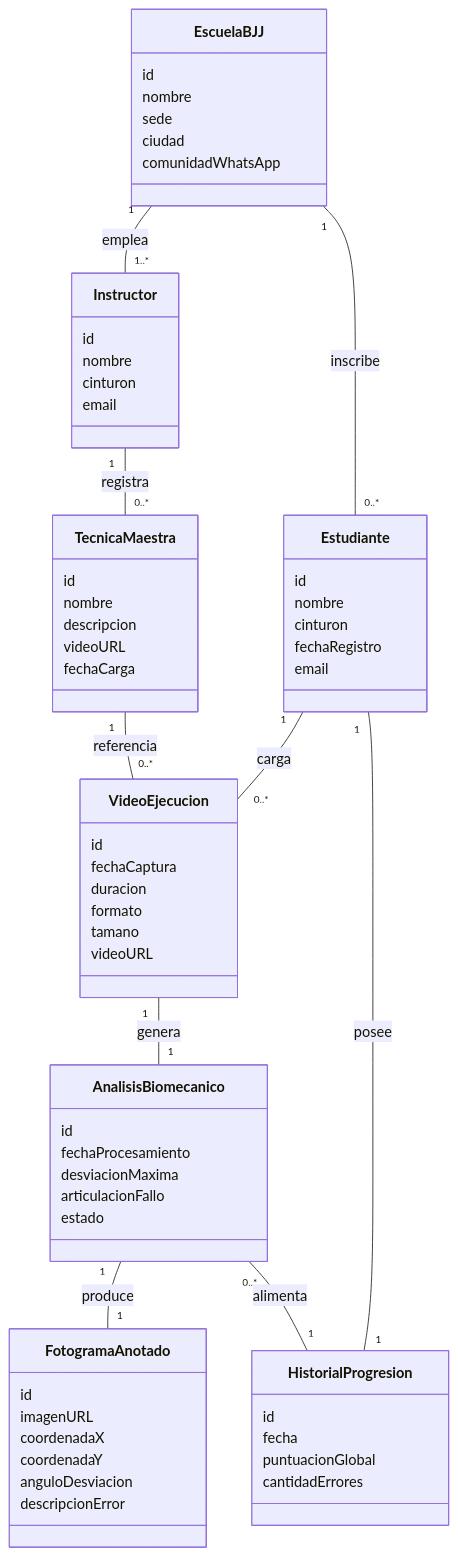
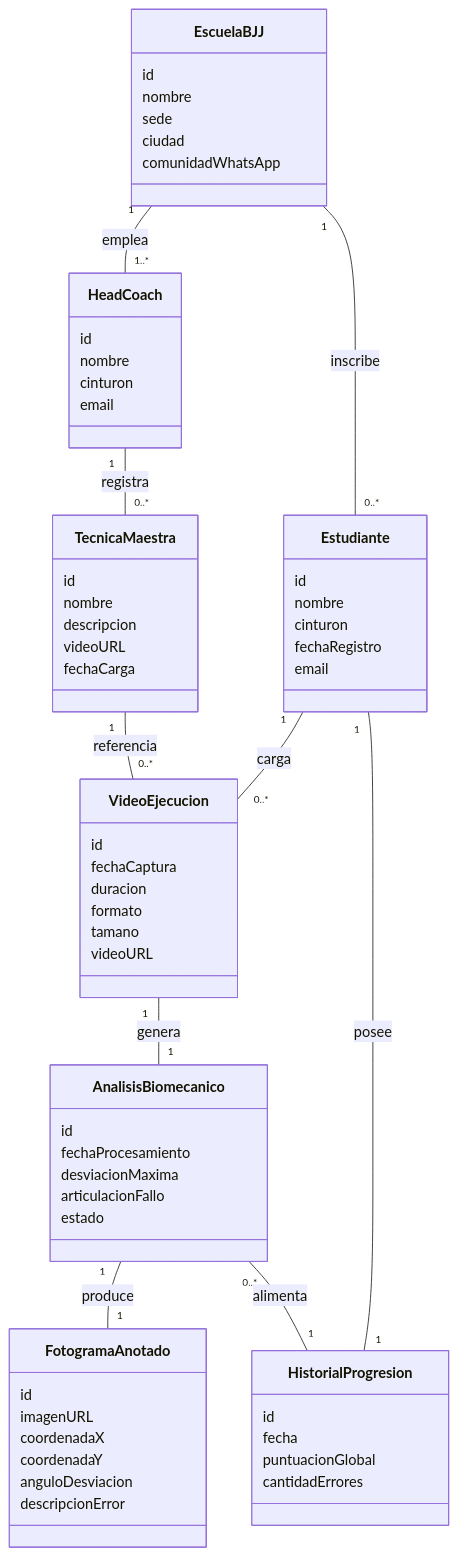
Before and after one commit to Tsmrain/JiuJitsu: the third of 3 diagrams in README.md, drawn with Mermaid. The commit also changed other lines of this file, not shown here.

````diff
--- a/README.md
+++ b/README.md
@@ -621,69 +626,69 @@
 ```mermaid
 classDiagram
     class EscuelaBJJ {
         id
         nombre
         sede
         ciudad
         comunidadWhatsApp
     }
-    class Instructor {
+    class HeadCoach {
         id
         nombre
         cinturon
         email
     }
     class Estudiante {
         id
         nombre
         cinturon
         fechaRegistro
         email
     }
     class TecnicaMaestra {
         id
         nombre
         descripcion
         videoURL
         fechaCarga
     }
     class VideoEjecucion {
         id
         fechaCaptura
         duracion
         formato
         tamano
         videoURL
     }
     class AnalisisBiomecanico {
         id
         fechaProcesamiento
         desviacionMaxima
         articulacionFallo
         estado
     }
     class FotogramaAnotado {
         id
         imagenURL
         coordenadaX
         coordenadaY
         anguloDesviacion
         descripcionError
     }
     class HistorialProgresion {
         id
         fecha
         puntuacionGlobal
         cantidadErrores
     }
 
-    EscuelaBJJ "1" -- "1..*" Instructor : emplea
+    EscuelaBJJ "1" -- "1..*" HeadCoach : emplea
     EscuelaBJJ "1" -- "0..*" Estudiante : inscribe
-    Instructor "1" -- "0..*" TecnicaMaestra : registra
+    HeadCoach "1" -- "0..*" TecnicaMaestra : registra
     Estudiante "1" -- "0..*" VideoEjecucion : carga
     TecnicaMaestra "1" -- "0..*" VideoEjecucion : referencia
     VideoEjecucion "1" -- "1" AnalisisBiomecanico : genera
     AnalisisBiomecanico "1" -- "1" FotogramaAnotado : produce
     AnalisisBiomecanico "0..*" -- "1" HistorialProgresion : alimenta
     Estudiante "1" -- "1" HistorialProgresion : posee
 ```
````
